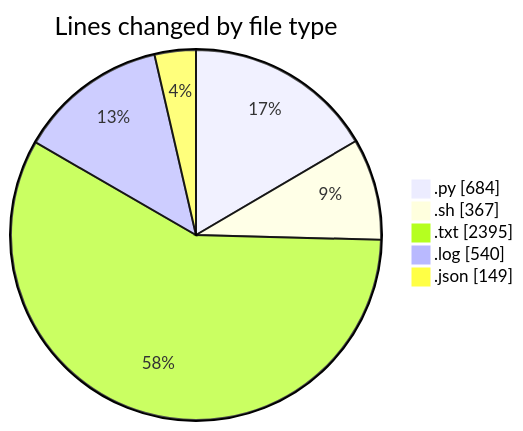
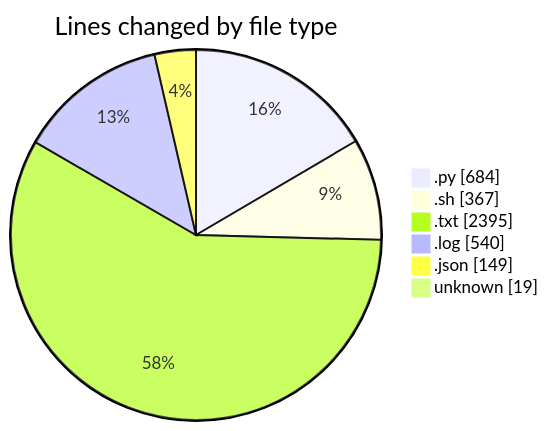
Before and after one commit to Unknowalive/code-tracking: the first of 2 diagrams in 2026-04-11/scripting_workshop/README.md, drawn with Mermaid. The commit also changed other lines of this file and 1 other file, not shown here.

````diff
--- a/2026-04-11/scripting_workshop/README.md
+++ b/2026-04-11/scripting_workshop/README.md
@@ -35,9 +36,10 @@
 ```mermaid
 pie showData
 title Lines changed by file type
 ".py" : 684
 ".sh" : 367
 ".txt" : 2395
 ".log" : 540
 ".json" : 149
+"unknown" : 19
 ```
````
